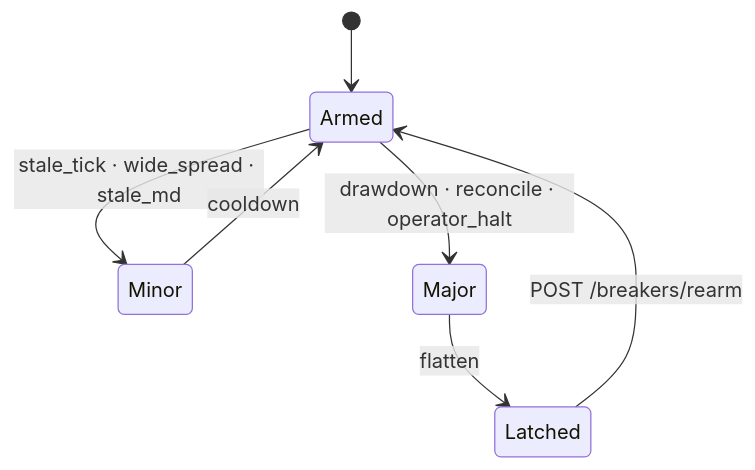
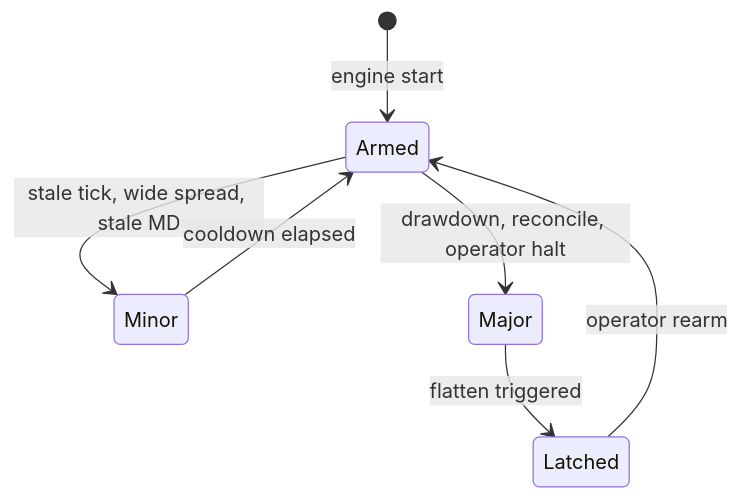
Before and after one commit to Zendragon98/algo-trading-hub: the eighth of 8 diagrams in README.md, drawn with Mermaid. The commit also changed other lines of this file and 13 other files, not shown here.

Commit message:
Polish architecture diagrams

````diff
--- a/README.md
+++ b/README.md
@@ -677,9 +733,9 @@
 ```mermaid
 stateDiagram-v2
-    [*] --> Armed
-    Armed --> Minor: stale_tick · wide_spread · stale_md
-    Minor --> Armed: cooldown
-    Armed --> Major: drawdown · reconcile · operator_halt
-    Major --> Latched: flatten
-    Latched --> Armed: POST /breakers/rearm
+    [*] --> Armed: engine start
+    Armed --> Minor: stale tick, wide spread, stale MD
+    Minor --> Armed: cooldown elapsed
+    Armed --> Major: drawdown, reconcile, operator halt
+    Major --> Latched: flatten triggered
+    Latched --> Armed: operator rearm
 ```
````
